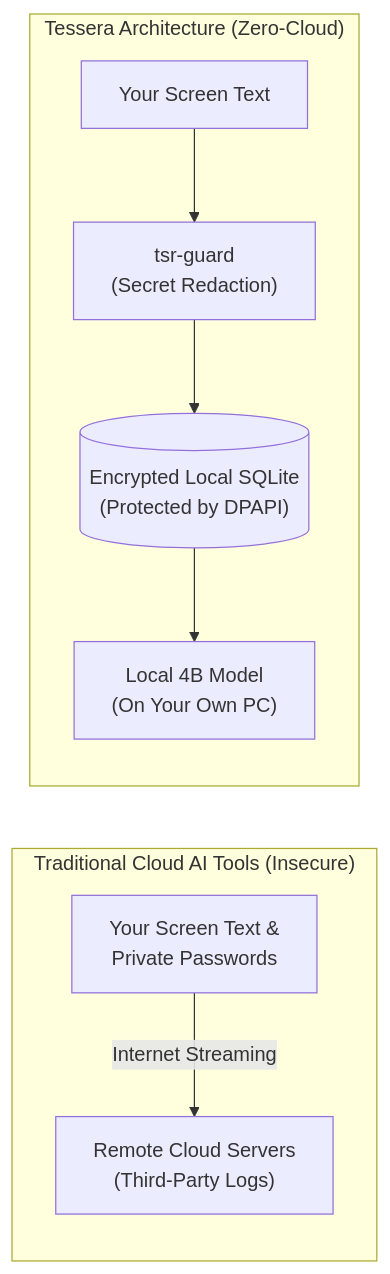
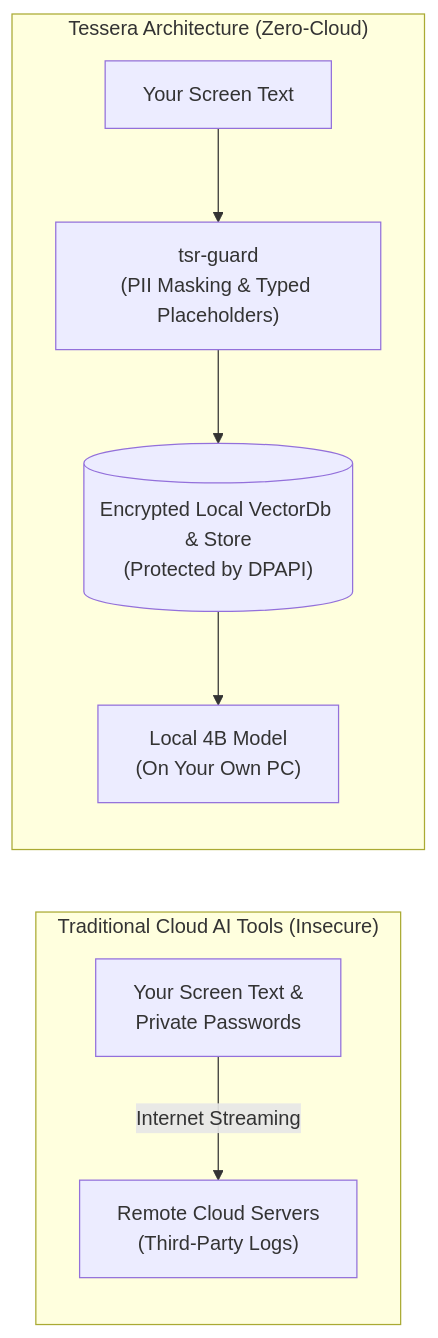
The diagram in docs-site/privacy/index.md (webex042/Tessera), drawn with Mermaid before and after one commit. The commit also changed other lines of this file and 68 other files, not shown here.

Commit message:
Update Tessera privacy masking and retrieval architecture

````diff
--- a/docs-site/privacy/index.md
+++ b/docs-site/privacy/index.md
@@ -16,12 +16,12 @@
 ```mermaid
 flowchart LR
     subgraph CLOUD ["Traditional Cloud AI Tools (Insecure)"]
         SCREEN1["Your Screen Text &\nPrivate Passwords"] --> |Internet Streaming| CLOUD_SERVER["Remote Cloud Servers\n(Third-Party Logs)"]
     end
 
     subgraph TESSERA ["Tessera Architecture (Zero-Cloud)"]
-        SCREEN2["Your Screen Text"] --> REDACT["tsr-guard\n(Secret Redaction)"]
-        REDACT --> VAULT[("Encrypted Local SQLite\n(Protected by DPAPI)")]
+        SCREEN2["Your Screen Text"] --> REDACT["tsr-guard\n(PII Masking & Typed Placeholders)"]
+        REDACT --> VAULT[("Encrypted Local VectorDb & Store\n(Protected by DPAPI)")]
         VAULT --> LOCAL_MODEL["Local 4B Model\n(On Your Own PC)"]
     end
 ```
````
